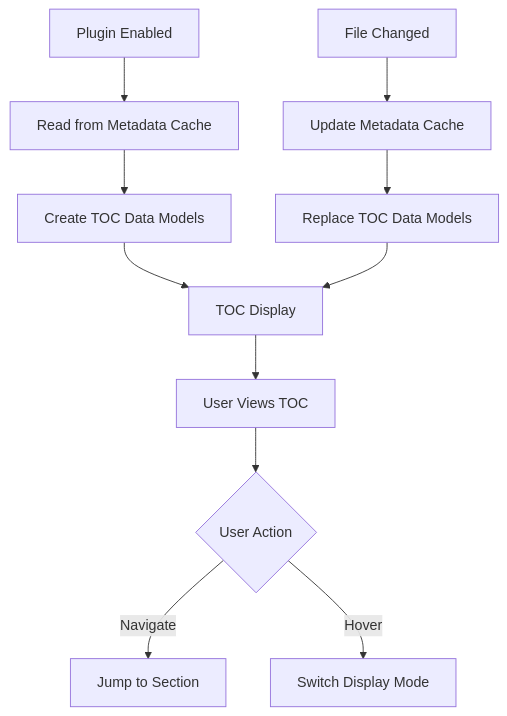
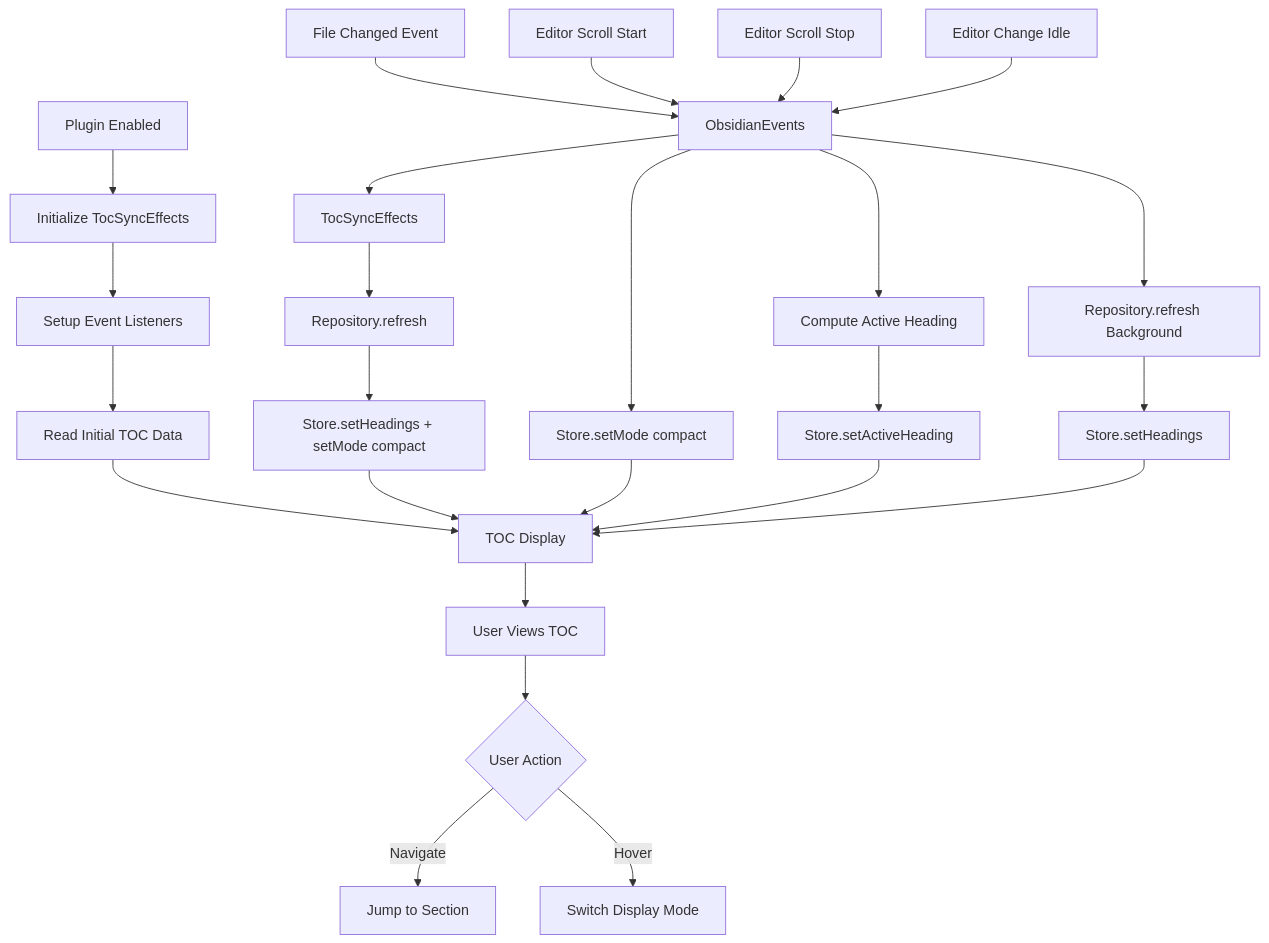
The diagram in doc/specs/float_toc/architecture.md (liux4989/MDViewer), drawn with Mermaid before and after one commit. The commit also changed other lines of this file and 5 other files, not shown here.

Commit message:
📃 docs: update task phase3 and phase4 - clarify the misunderstanding about domain and repository - add phase4:  state design - add obsidian event and interaction event

````diff
--- a/doc/specs/float_toc/architecture.md
+++ b/doc/specs/float_toc/architecture.md
@@ -76,16 +198,32 @@
 ```mermaid
 flowchart TD
-    A[Plugin Enabled] --> B[Read from Metadata Cache]
-    B --> C[Create TOC Data Models]
+    A[Plugin Enabled] --> B[Initialize TocSyncEffects]
+    B --> C[Setup Event Listeners]
+    C --> D[Read Initial TOC Data]
+    D --> E[TOC Display]
 
-    D[File Changed] --> E[Update Metadata Cache]
-    E --> F[Replace TOC Data Models]
+    F[File Changed Event] --> G[ObsidianEvents]
+    G --> H[TocSyncEffects]
+    H --> I[Repository.refresh]
+    I --> J[Store.setHeadings + setMode compact]
+    J --> E
 
-    C --> G[TOC Display]
-    F --> G
+    K[Editor Scroll Start] --> G
+    G --> L[Store.setMode compact]
+    L --> E
 
-    G --> H[User Views TOC]
-    H --> I{User Action}
-    I -->|Navigate| J[Jump to Section]
-    I -->|Hover| K[Switch Display Mode]
+    M[Editor Scroll Stop] --> G
+    G --> N[Compute Active Heading]
+    N --> O[Store.setActiveHeading]
+    O --> E
+
+    P[Editor Change Idle] --> G
+    G --> Q[Repository.refresh Background]
+    Q --> R[Store.setHeadings]
+    R --> E
+
+    E --> S[User Views TOC]
+    S --> T{User Action}
+    T -->|Navigate| U[Jump to Section]
+    T -->|Hover| V[Switch Display Mode]
 ```
````
